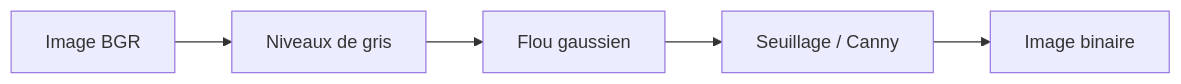
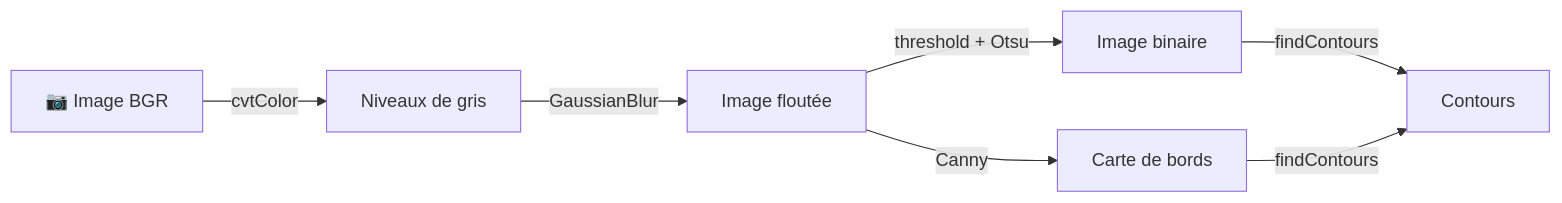
One commit to EtienneSchmitz/ros2_course changed the diagram in apps/docs/src/content/docs/vision/01-formes-opencv.mdx. Above: the diagram before and after it, drawn with Mermaid. The commit also changed other lines of this file and 6 other files, not shown here.

````diff
--- a/apps/docs/src/content/docs/vision/01-formes-opencv.mdx
+++ b/apps/docs/src/content/docs/vision/01-formes-opencv.mdx
@@ -65,7 +65,9 @@
 ```mermaid
 flowchart LR
-  A["Image BGR"] --> B["Niveaux de gris"]
-  B --> C["Flou gaussien"]
-  C --> D["Seuillage / Canny"]
-  D --> E["Image binaire"]
+  A["📷 Image BGR"] -->|cvtColor| B["Niveaux de gris"]
+  B -->|GaussianBlur| C["Image floutée"]
+  C -->|"threshold + Otsu"| D["Image binaire"]
+  C -->|Canny| E["Carte de bords"]
+  D -->|findContours| F["Contours"]
+  E -->|findContours| F
 ```
````
